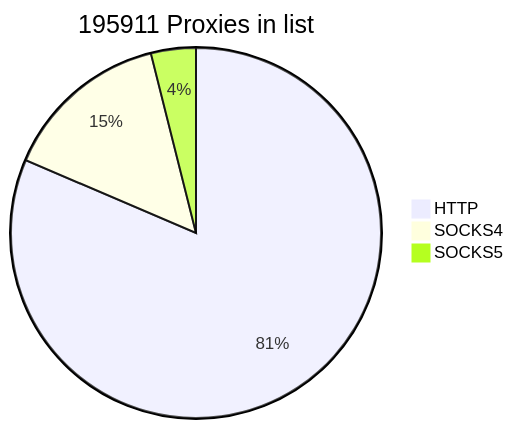
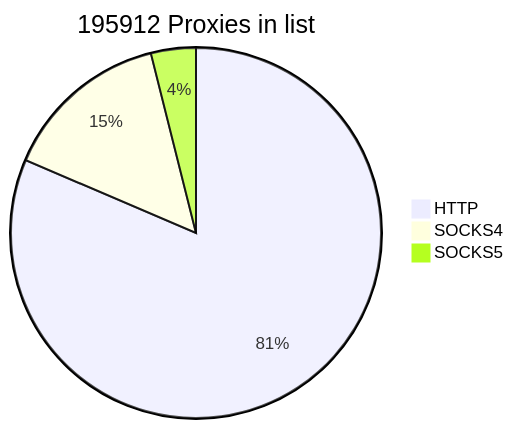
The first of 2 diagrams in README.md (cutipu/proxylist), drawn with Mermaid before and after one commit. The commit also changed other lines of this file, not shown here.

````diff
--- a/README.md
+++ b/README.md
@@ -2,7 +2,7 @@
 ```mermaid
-pie title 195911 Proxies in list
+pie title 195912 Proxies in list
     "HTTP" : 159537
-    "SOCKS4" : 28696
+    "SOCKS4" : 28697
     "SOCKS5" : 7678
             
 ```
````
